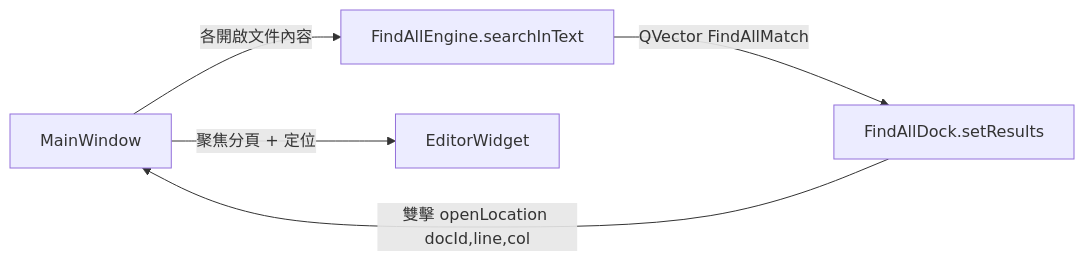
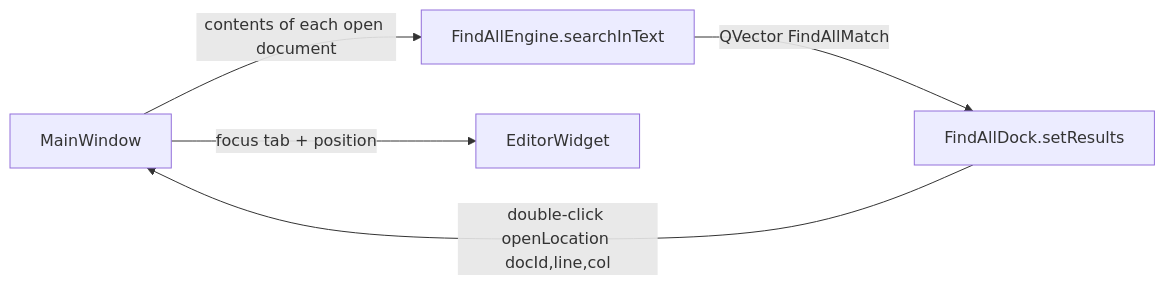
One commit to EddyKuo/macpadpp changed diagram 21 of 23 in docs/design.md. Above: the diagram before and after it, drawn with Mermaid. The commit also changed other lines of this file and 24 other files, not shown here.

````diff
--- a/docs/design.md
+++ b/docs/design.md
@@ -1049,7 +1173,7 @@
 ```mermaid
 flowchart LR
-    MW[MainWindow] -->|各開啟文件內容| ENG[FindAllEngine.searchInText]
+    MW[MainWindow] -->|contents of each open document| ENG[FindAllEngine.searchInText]
     ENG -->|QVector FindAllMatch| DOCK[FindAllDock.setResults]
-    DOCK -->|雙擊 openLocation docId,line,col| MW
-    MW -->|聚焦分頁 + 定位| EW[EditorWidget]
+    DOCK -->|double-click openLocation docId,line,col| MW
+    MW -->|focus tab + position| EW[EditorWidget]
 ```
````
